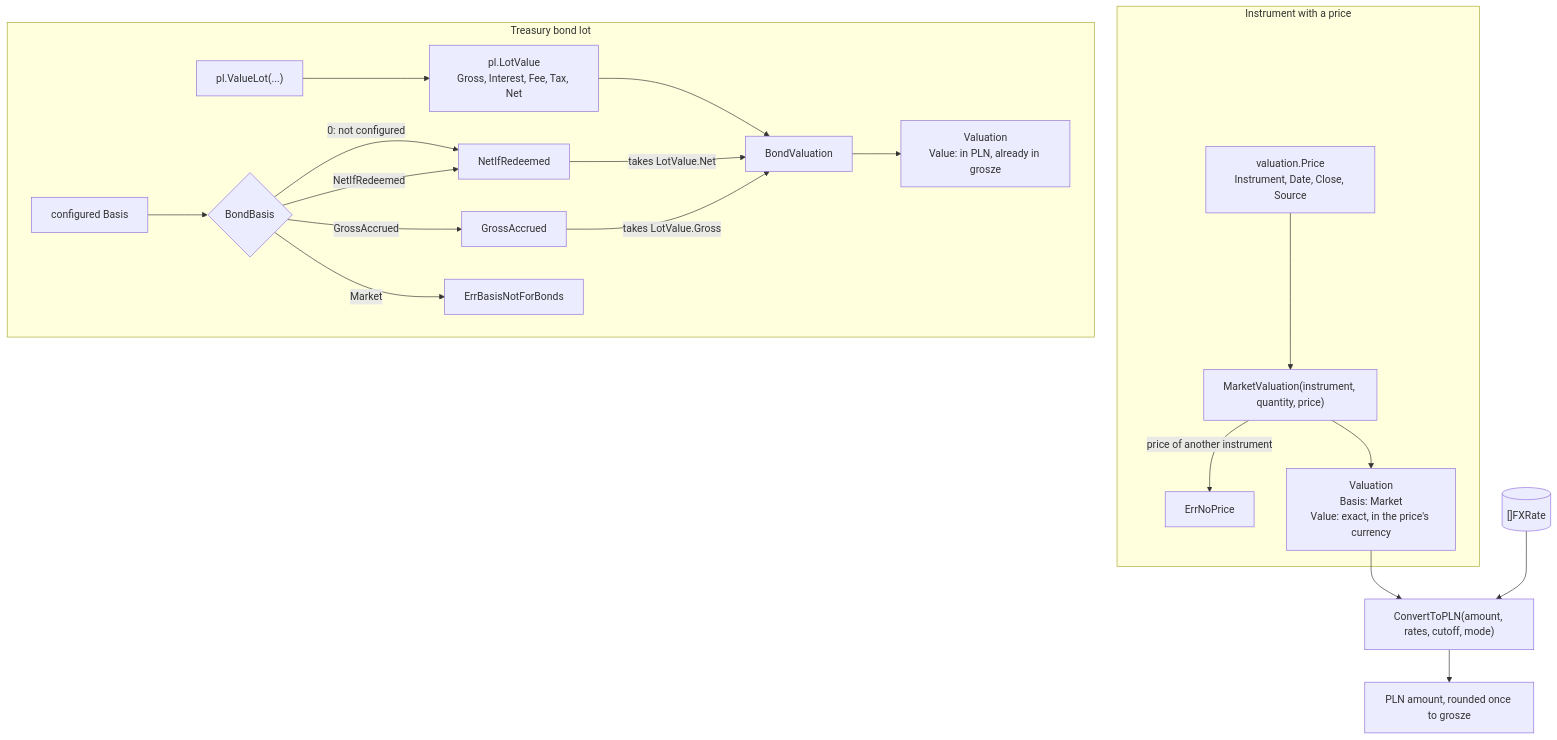
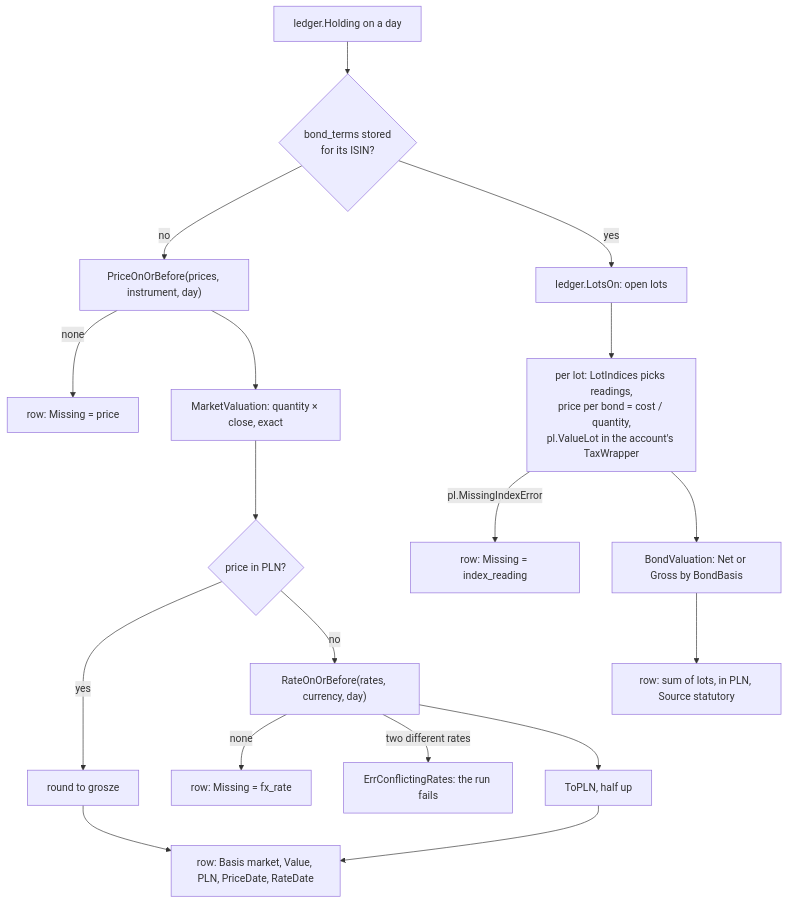
Before and after one commit to arkadiuss/openfief: the first of 3 diagrams in docs/concepts/valuation.md, drawn with Mermaid. The commit also changed other lines of this file and 3 other files, not shown here.

First line of the commit message:
docs: valuation, bonds and pipeline pages up to main; release builds docs

````diff
--- a/docs/concepts/valuation.md
+++ b/docs/concepts/valuation.md
@@ -54,23 +57,20 @@
 ```mermaid
 flowchart TD
-  subgraph priced["Instrument with a price"]
-    price["valuation.Price<br/>Instrument, Date, Close, Source"] --> mv["MarketValuation(instrument, quantity, price)"]
-    mv -- "price of another instrument" --> enp["ErrNoPrice"]
-    mv --> v1["Valuation<br/>Basis: Market<br/>Value: exact, in the price's currency"]
-  end
-  subgraph bond["Treasury bond lot"]
-    lot["pl.ValueLot(...)"] --> lv["pl.LotValue<br/>Gross, Interest, Fee, Tax, Net"]
-    cfg["configured Basis"] --> bb{"BondBasis"}
-    bb -- "0: not configured" --> net["NetIfRedeemed"]
-    bb -- "NetIfRedeemed" --> net
-    bb -- "GrossAccrued" --> gross["GrossAccrued"]
-    bb -- "Market" --> enb["ErrBasisNotForBonds"]
-    lv --> bv["BondValuation"]
-    net -- "takes LotValue.Net" --> bv
-    gross -- "takes LotValue.Gross" --> bv
-    bv --> v2["Valuation<br/>Value: in PLN, already in grosze"]
-  end
-  v1 --> conv["ConvertToPLN(amount, rates, cutoff, mode)"]
-  rates[("[]FXRate")] --> conv
-  conv --> pln["PLN amount, rounded once to grosze"]
+  h["ledger.Holding on a day"] --> bond{"bond_terms stored<br/>for its ISIN?"}
+  bond -- no --> po["PriceOnOrBefore(prices, instrument, day)"]
+  po -- "none" --> mp["row: Missing = price"]
+  po --> mv["MarketValuation: quantity × close, exact"]
+  mv --> isPLN{"price in PLN?"}
+  isPLN -- yes --> rnd["round to grosze"]
+  isPLN -- no --> rate["RateOnOrBefore(rates, currency, day)"]
+  rate -- "none" --> mf["row: Missing = fx_rate"]
+  rate -- "two different rates" --> err["ErrConflictingRates: the run fails"]
+  rate --> topln["ToPLN, half up"]
+  rnd --> mrow["row: Basis market, Value, PLN, PriceDate, RateDate"]
+  topln --> mrow
+  bond -- yes --> lots["ledger.LotsOn: open lots"]
+  lots --> each["per lot: LotIndices picks readings,<br/>price per bond = cost / quantity,<br/>pl.ValueLot in the account's TaxWrapper"]
+  each -- "pl.MissingIndexError" --> mi["row: Missing = index_reading"]
+  each --> bv["BondValuation: Net or Gross by BondBasis"]
+  bv --> brow["row: sum of lots, in PLN, Source statutory"]
 ```
````
